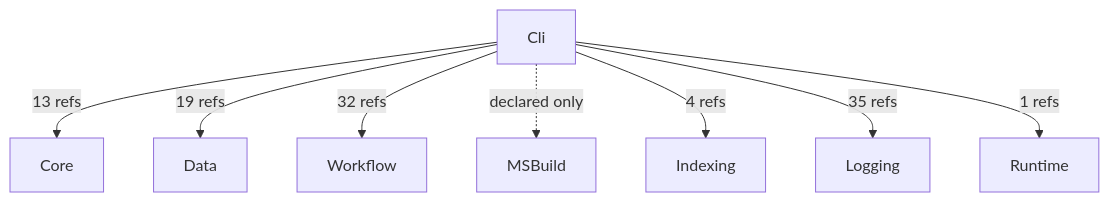
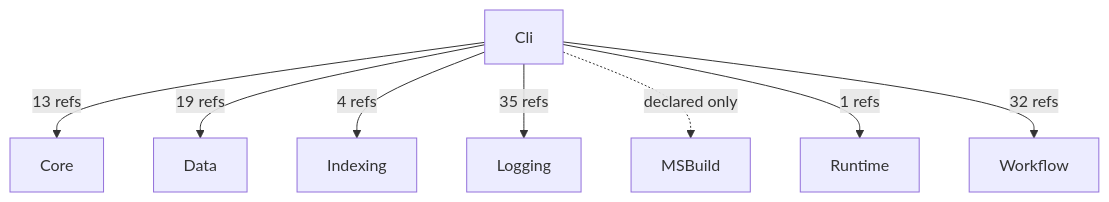
The diagram in GeneratedDocs/components/Cli.aim.md (rdavi10471a2/AIMonitor), drawn with Mermaid before and after one commit. The commit also changed other lines of this file and 11 other files, not shown here.

First line of the commit message:
Regenerate architecture docs: derive DAG from csproj truth + experimental centrality layering

````diff
--- a/GeneratedDocs/components/Cli.aim.md
+++ b/GeneratedDocs/components/Cli.aim.md
@@ -14,10 +14,10 @@
 ```mermaid
 flowchart TB
   Cli -->|13 refs| Core
   Cli -->|19 refs| Data
-  Cli -->|32 refs| Workflow
-  Cli -.->|declared only| MSBuild
   Cli -->|4 refs| Indexing
   Cli -->|35 refs| Logging
+  Cli -.->|declared only| MSBuild
   Cli -->|1 refs| Runtime
+  Cli -->|32 refs| Workflow
 ```
````
